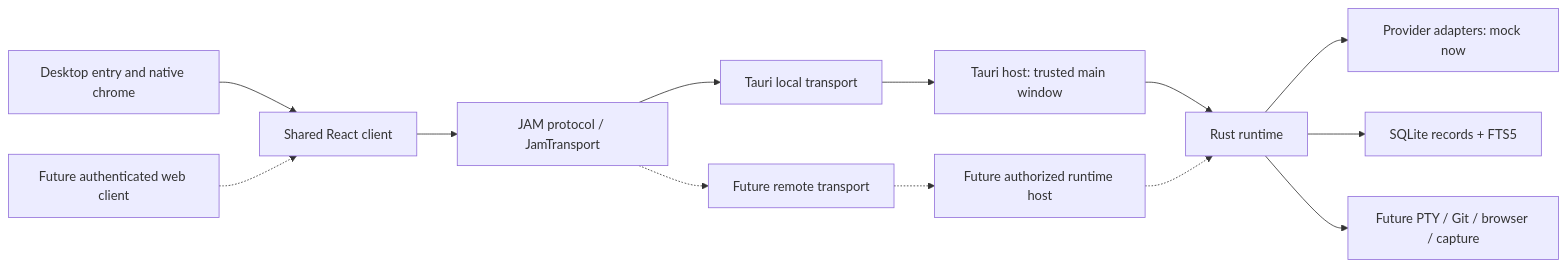
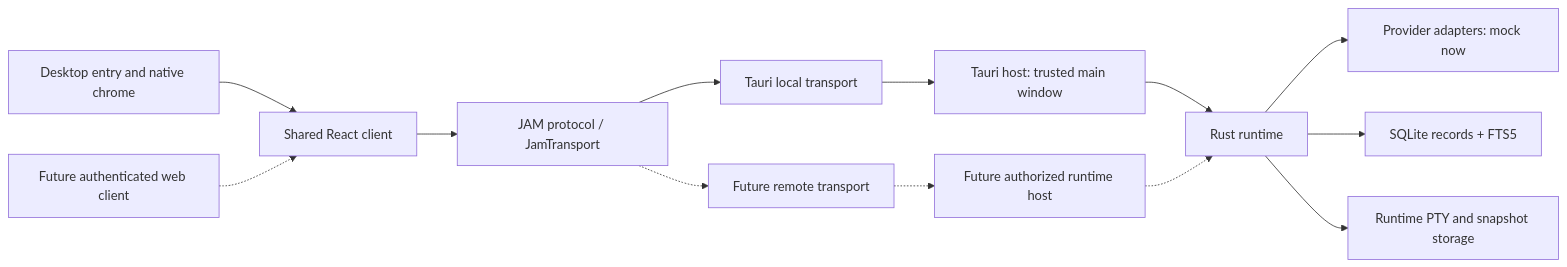
One commit to jayamartinez/jam-code changed the first of 2 diagrams in docs/ARCHITECTURE.md. Above: the diagram before and after it, drawn with Mermaid. The commit also changed other lines of this file and 50 other files, not shown here.

````diff
--- a/docs/ARCHITECTURE.md
+++ b/docs/ARCHITECTURE.md
@@ -7,15 +7,15 @@
 ```mermaid
 flowchart LR
   Desktop[Desktop entry and native chrome] --> UI[Shared React client]
   UI --> Contract[JAM protocol / JamTransport]
   Contract --> Local[Tauri local transport]
   Local --> Host[Tauri host: trusted main window]
   Host --> Core[Rust runtime]
   Core --> Providers[Provider adapters: mock now]
   Core --> Storage[SQLite records + FTS5]
-  Core --> Services[Future PTY / Git / browser / capture]
+  Core --> Services[Runtime PTY and snapshot storage]
   Web[Future authenticated web client] -.-> UI
   Contract -.-> Remote[Future remote transport]
   Remote -.-> RemoteHost[Future authorized runtime host]
   RemoteHost -.-> Core
 ```
````
